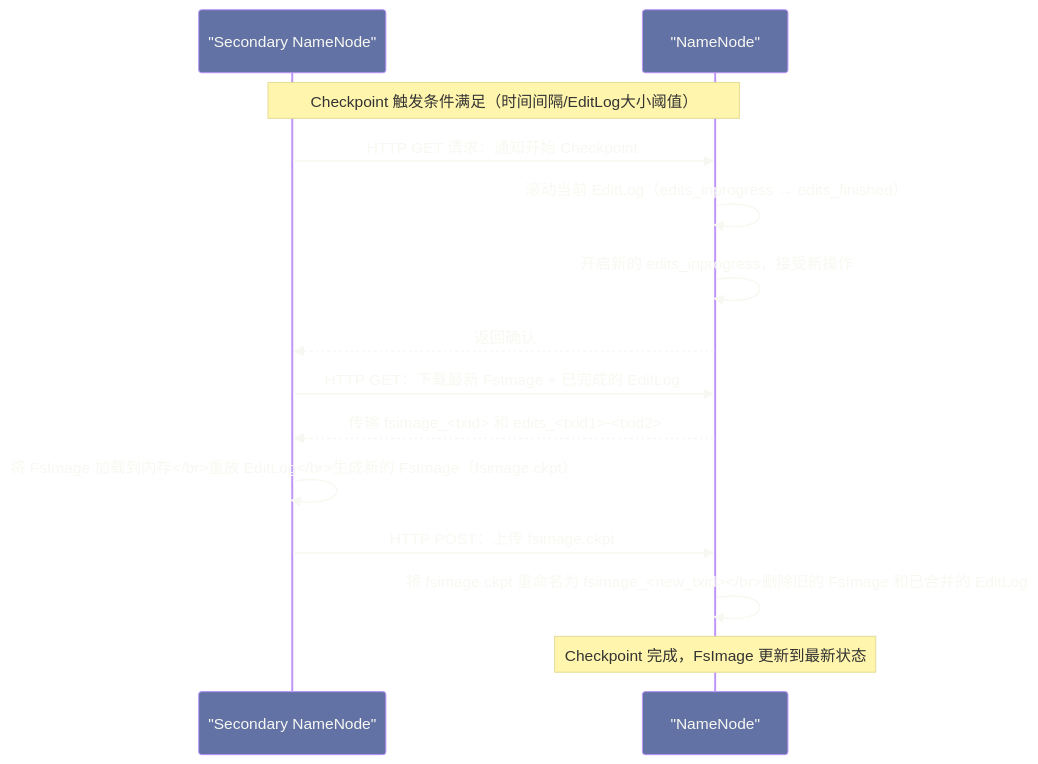
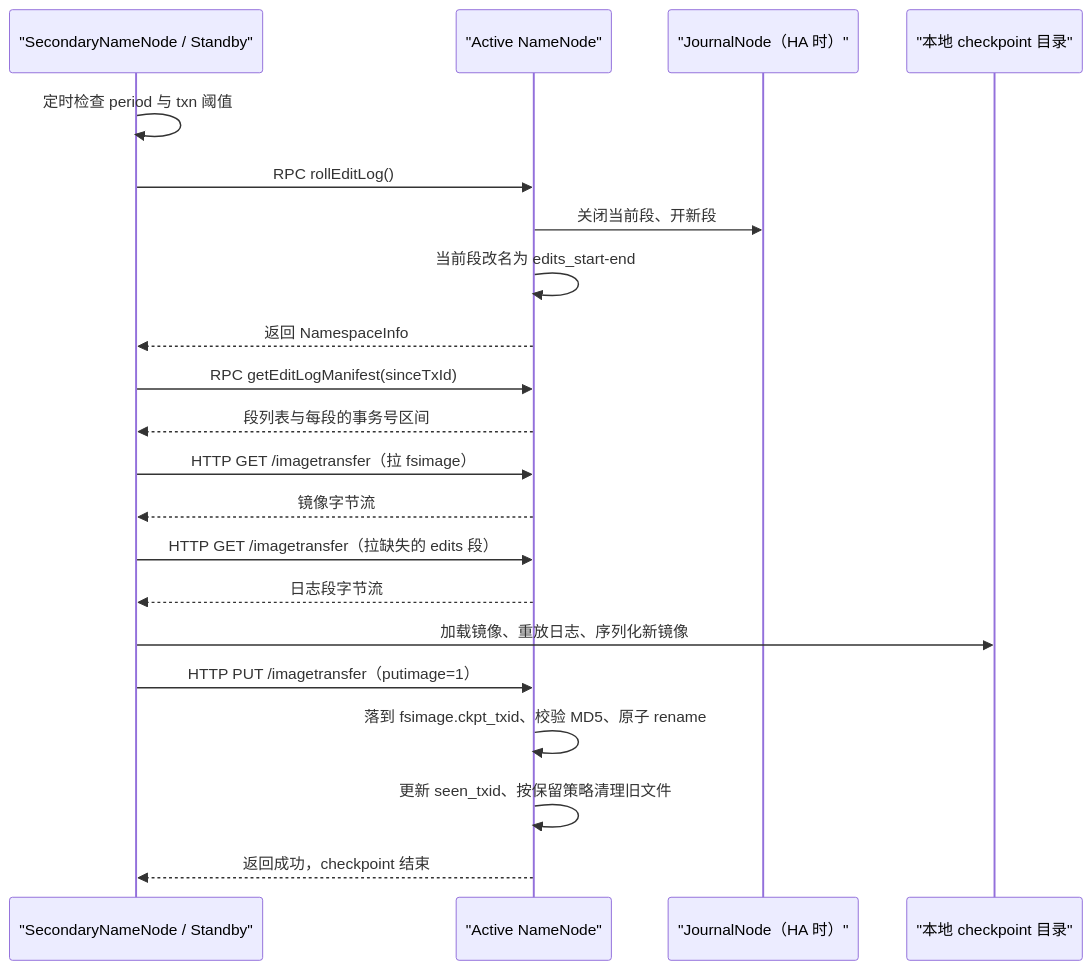
Before and after one commit to hpliStartAgain/my-brain: the third of 5 diagrams in content/大数据/Hadoop/HDFS/03 NameNode 的核心数据结构——FsImage 与 EditLog 的设计奥秘.md, drawn with Mermaid. The commit also changed other lines of this file and 455 other files, not shown here.

````diff
--- a/content/大数据/Hadoop/HDFS/03 NameNode 的核心数据结构——FsImage 与 EditLog 的设计奥秘.md
+++ b/content/大数据/Hadoop/HDFS/03 NameNode 的核心数据结构——FsImage 与 EditLog 的设计奥秘.md
@@ -197,23 +295,25 @@
 ```mermaid
-%%{init: {'theme': 'base', 'themeVariables': {'primaryColor': '#6272a4', 'primaryTextColor': '#f8f8f2', 'primaryBorderColor': '#bd93f9', 'lineColor': '#ff79c6', 'secondaryColor': '#44475a', 'tertiaryColor': '#282a36'}}}%%
+%%{init: {'theme': 'dracula'}}%%
 sequenceDiagram
-    participant SNN as "Secondary NameNode"
-    participant NN as "NameNode"
+    participant SNN as "SecondaryNameNode / Standby"
+    participant NN as "Active NameNode"
+    participant JN as "JournalNode（HA 时）"
+    participant CK as "本地 checkpoint 目录"
 
-    Note over SNN,NN: Checkpoint 触发条件满足（时间间隔/EditLog大小阈值）
-
-    SNN->>NN: HTTP GET 请求：通知开始 Checkpoint
-    NN->>NN: 滚动当前 EditLog（edits_inprogress → edits_finished）
-    NN->>NN: 开启新的 edits_inprogress，接受新操作
-    NN-->>SNN: 返回确认
-
-    SNN->>NN: HTTP GET：下载最新 FsImage + 已完成的 EditLog
-    NN-->>SNN: 传输 fsimage_<txid> 和 edits_<txid1>-<txid2>
-
-    SNN->>SNN: 将 FsImage 加载到内存</br>重放 EditLog</br>生成新的 FsImage（fsimage.ckpt）
-
-    SNN->>NN: HTTP POST：上传 fsimage.ckpt
-    NN->>NN: 将 fsimage.ckpt 重命名为 fsimage_<new_txid></br>删除旧的 FsImage 和已合并的 EditLog
-
-    Note over NN: Checkpoint 完成，FsImage 更新到最新状态
+    SNN->>SNN: 定时检查 period 与 txn 阈值
+    SNN->>NN: RPC rollEditLog()
+    NN->>JN: 关闭当前段、开新段
+    NN->>NN: 当前段改名为 edits_start-end
+    NN-->>SNN: 返回 NamespaceInfo
+    SNN->>NN: RPC getEditLogManifest(sinceTxId)
+    NN-->>SNN: 段列表与每段的事务号区间
+    SNN->>NN: HTTP GET /imagetransfer（拉 fsimage）
+    NN-->>SNN: 镜像字节流
+    SNN->>NN: HTTP GET /imagetransfer（拉缺失的 edits 段）
+    NN-->>SNN: 日志段字节流
+    SNN->>CK: 加载镜像、重放日志、序列化新镜像
+    SNN->>NN: HTTP PUT /imagetransfer（putimage=1）
+    NN->>NN: 落到 fsimage.ckpt_txid、校验 MD5、原子 rename
+    NN->>NN: 更新 seen_txid、按保留策略清理旧文件
+    NN-->>SNN: 返回成功，checkpoint 结束
 ```
````
